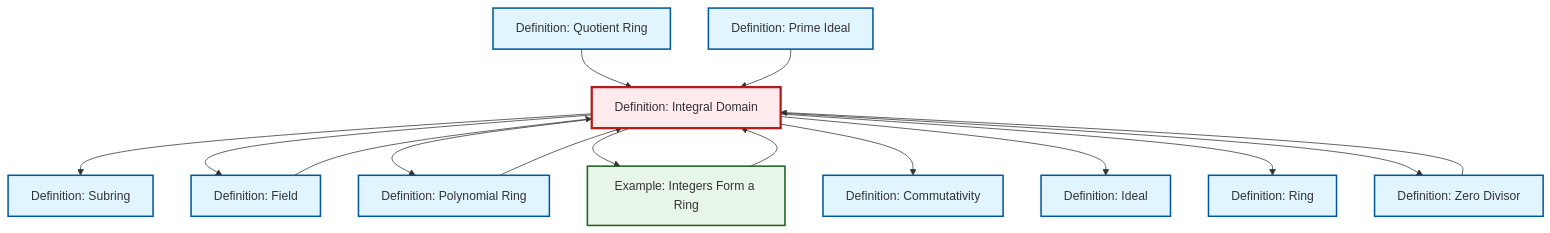
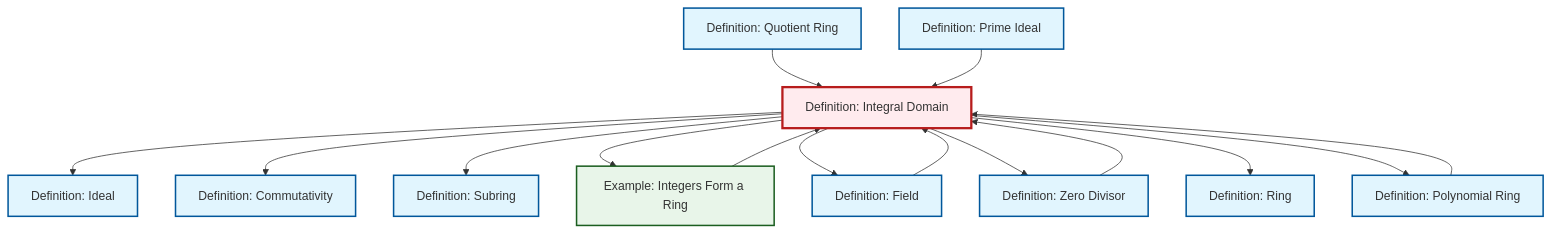
Before and after one commit to RK0429/ModernMath: the diagram in content/en/algebra/def-integral-domain.qmd, drawn with Mermaid. The commit also changed other lines of this file and 328 other files, not shown here.

````diff
--- a/content/en/algebra/def-integral-domain.qmd
+++ b/content/en/algebra/def-integral-domain.qmd
@@ -95,45 +95,45 @@
 ```{mermaid}
 %%| fig-cap: "Local dependency graph"
 graph TD
     classDef definition fill:#e1f5fe,stroke:#01579b,stroke-width:2px
     classDef theorem fill:#f3e5f5,stroke:#4a148c,stroke-width:2px
     classDef axiom fill:#fff3e0,stroke:#e65100,stroke-width:2px
     classDef example fill:#e8f5e9,stroke:#1b5e20,stroke-width:2px
     classDef current fill:#ffebee,stroke:#b71c1c,stroke-width:3px
     def-integral-domain["Definition: Integral Domain"]:::definition
-    def-commutativity["Definition: Commutativity"]:::definition
-    def-subring["Definition: Subring"]:::definition
+    def-ideal["Definition: Ideal"]:::definition
+    def-field["Definition: Field"]:::definition
+    def-zero-divisor["Definition: Zero Divisor"]:::definition
+    ex-integers-ring["Example: Integers Form a Ring"]:::example
+    def-ring["Definition: Ring"]:::definition
     def-prime-ideal["Definition: Prime Ideal"]:::definition
     def-quotient-ring["Definition: Quotient Ring"]:::definition
-    def-ideal["Definition: Ideal"]:::definition
+    def-subring["Definition: Subring"]:::definition
+    def-commutativity["Definition: Commutativity"]:::definition
     def-polynomial-ring["Definition: Polynomial Ring"]:::definition
-    def-ring["Definition: Ring"]:::definition
-    def-zero-divisor["Definition: Zero Divisor"]:::definition
-    def-field["Definition: Field"]:::definition
-    ex-integers-ring["Example: Integers Form a Ring"]:::example
+    ex-integers-ring --> def-integral-domain
+    def-integral-domain --> def-ideal
+    def-integral-domain --> def-commutativity
+    def-polynomial-ring --> def-integral-domain
+    def-field --> def-integral-domain
+    def-quotient-ring --> def-integral-domain
+    def-prime-ideal --> def-integral-domain
     def-integral-domain --> def-subring
-    def-polynomial-ring --> def-integral-domain
-    def-quotient-ring --> def-integral-domain
+    def-integral-domain --> ex-integers-ring
     def-zero-divisor --> def-integral-domain
     def-integral-domain --> def-field
+    def-integral-domain --> def-zero-divisor
+    def-integral-domain --> def-ring
     def-integral-domain --> def-polynomial-ring
-    def-integral-domain --> ex-integers-ring
-    def-integral-domain --> def-commutativity
-    def-prime-ideal --> def-integral-domain
-    def-integral-domain --> def-ideal
-    ex-integers-ring --> def-integral-domain
-    def-field --> def-integral-domain
-    def-integral-domain --> def-ring
-    def-integral-domain --> def-zero-divisor
     class def-integral-domain current
-    click def-commutativity "def-commutativity.html" "Go to Commutativity definition"
-    click def-subring "def-subring.html" "Go to Subring definition"
+    click def-ideal "def-ideal.html" "Go to Ideal definition"
+    click def-field "def-field.html" "Go to Field definition"
+    click def-zero-divisor "def-zero-divisor.html" "Go to Zero Divisor definition"
+    click ex-integers-ring "ex-integers-ring.html" "Go to Integers Form a Ring example"
+    click def-ring "def-ring.html" "Go to Ring definition"
     click def-prime-ideal "def-prime-ideal.html" "Go to Prime Ideal definition"
     click def-quotient-ring "def-quotient-ring.html" "Go to Quotient Ring definition"
-    click def-ideal "def-ideal.html" "Go to Ideal definition"
+    click def-subring "def-subring.html" "Go to Subring definition"
+    click def-commutativity "def-commutativity.html" "Go to Commutativity definition"
     click def-polynomial-ring "def-polynomial-ring.html" "Go to Polynomial Ring definition"
-    click def-ring "def-ring.html" "Go to Ring definition"
-    click def-zero-divisor "def-zero-divisor.html" "Go to Zero Divisor definition"
-    click def-field "def-field.html" "Go to Field definition"
-    click ex-integers-ring "ex-integers-ring.html" "Go to Integers Form a Ring example"
 ```
````
